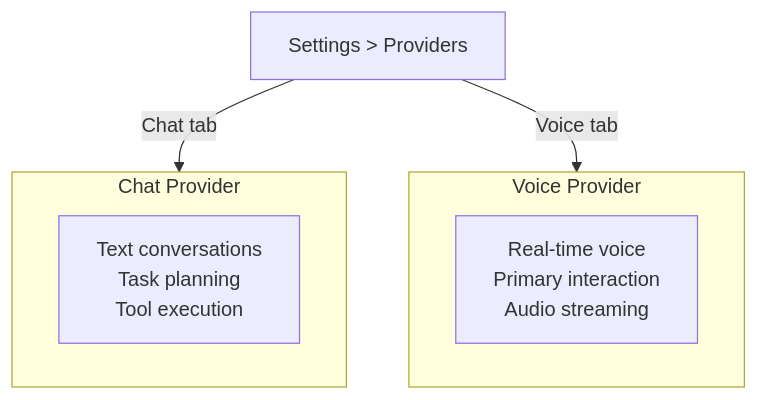
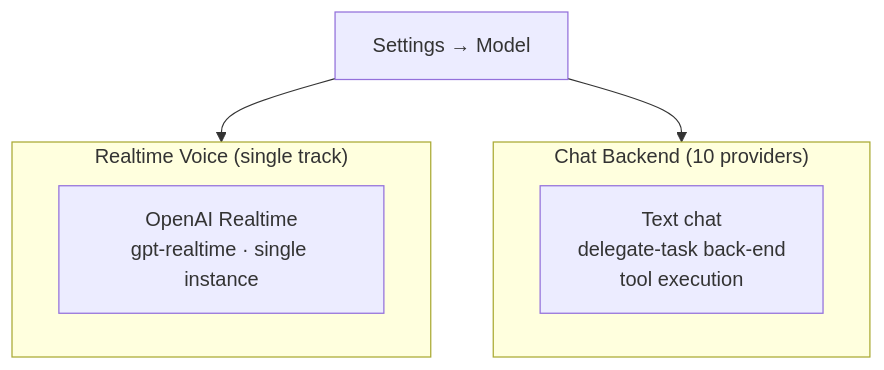
Before and after one commit to openrocky/openrocky.github.io: the first of 2 diagrams in docs/guides/providers.md, drawn with Mermaid. The commit also changed other lines of this file and 7 other files, not shown here.

First line of the commit message:
docs: sync to single-track voice architecture

````diff
--- a/docs/guides/providers.md
+++ b/docs/guides/providers.md
@@ -11,14 +11,14 @@
 ```mermaid
 graph TB
-    subgraph Chat["Chat Provider"]
-        CP["Text conversations<br/>Task planning<br/>Tool execution"]
+    subgraph Voice["Realtime Voice (single track)"]
+        VP["OpenAI Realtime<br/>gpt-realtime · single instance"]
     end
 
-    subgraph Voice["Voice Provider"]
-        VP["Real-time voice<br/>Primary interaction<br/>Audio streaming"]
+    subgraph Chat["Chat Backend (10 providers)"]
+        CP["Text chat<br/>delegate-task back-end<br/>tool execution"]
     end
 
-    Settings["Settings > Providers"]
-    Settings --> |"Chat tab"| Chat
-    Settings --> |"Voice tab"| Voice
+    Settings["Settings → Model"]
+    Settings --> Voice
+    Settings --> Chat
 ```
````
